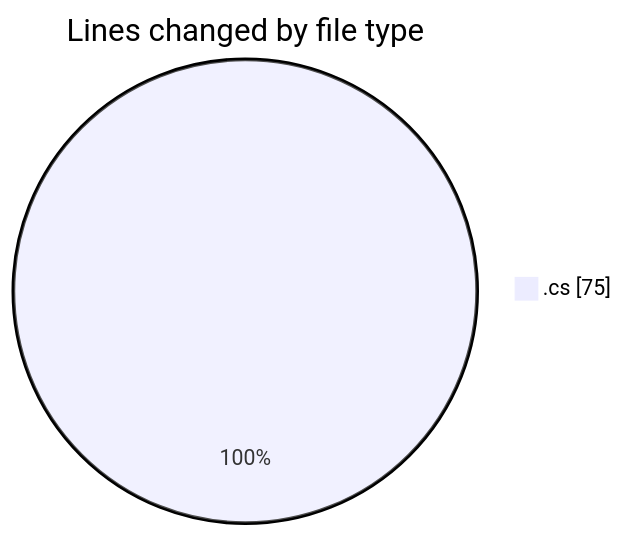
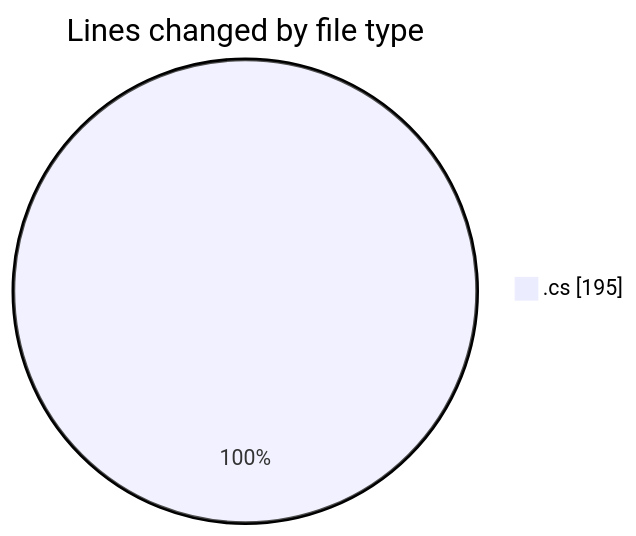
One commit to charlie-sans/code-tracking changed the first of 2 diagrams in 2025-04-25/assets/README.md. Above: the diagram before and after it, drawn with Mermaid. The commit also changed other lines of this file and 1 other file, not shown here.

````diff
--- a/2025-04-25/assets/README.md
+++ b/2025-04-25/assets/README.md
@@ -20,5 +20,5 @@
 ```mermaid
 pie showData
 title Lines changed by file type
-".cs" : 75
+".cs" : 195
 ```
````
